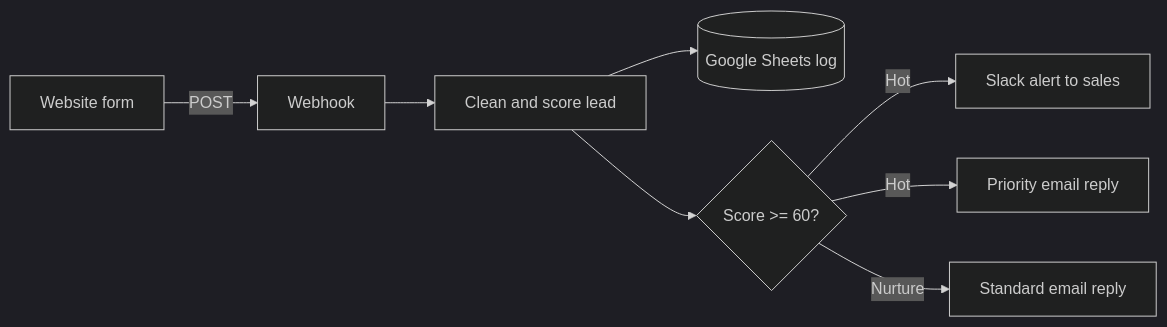
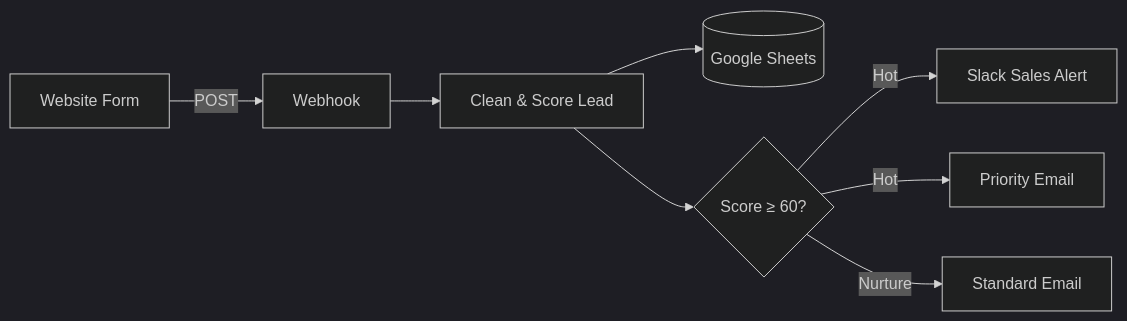
The diagram in Lead Capture, Scoring and Follow-up/README.md (AbdullahSoftDev/n8n-automations), drawn with Mermaid (dark theme) before and after one commit. The commit also changed other lines of this file, not shown here.

Commit message:
docs: redesign lead capture automation README

````diff
--- a/Lead Capture, Scoring and Follow-up/README.md
+++ b/Lead Capture, Scoring and Follow-up/README.md
@@ -13,10 +45,10 @@
 ```mermaid
 flowchart LR
-    A[Website form] -->|POST| B[Webhook]
-    B --> C[Clean and score lead]
-    C --> D[(Google Sheets log)]
-    C --> E{Score >= 60?}
-    E -->|Hot| F[Slack alert to sales]
-    E -->|Hot| G[Priority email reply]
-    E -->|Nurture| H[Standard email reply]
+    A[Website Form] -->|POST| B[Webhook]
+    B --> C[Clean & Score Lead]
+    C --> D[(Google Sheets)]
+    C --> E{Score ≥ 60?}
+    E -->|Hot| F[Slack Sales Alert]
+    E -->|Hot| G[Priority Email]
+    E -->|Nurture| H[Standard Email]
 ```
````
